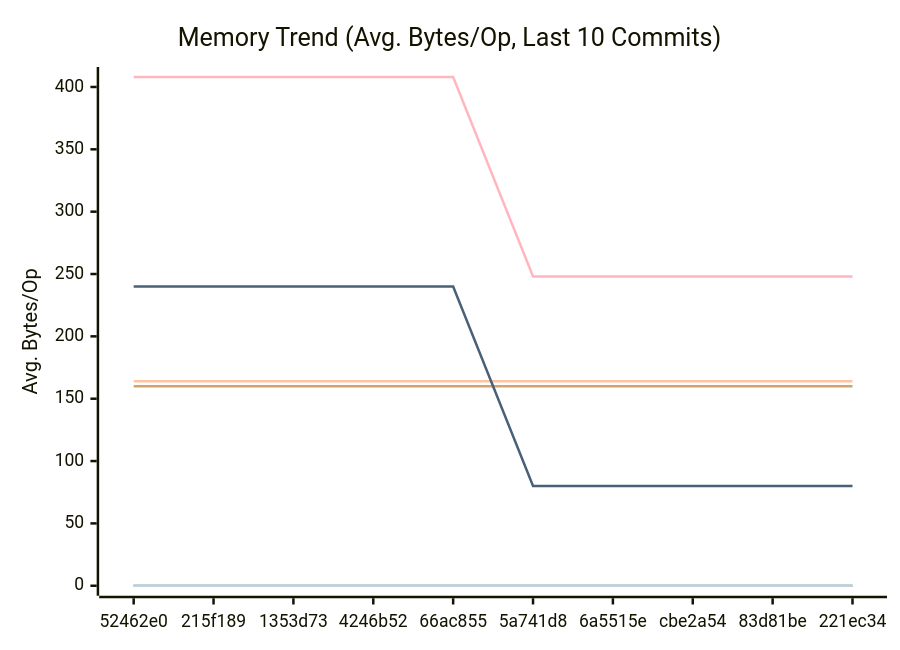
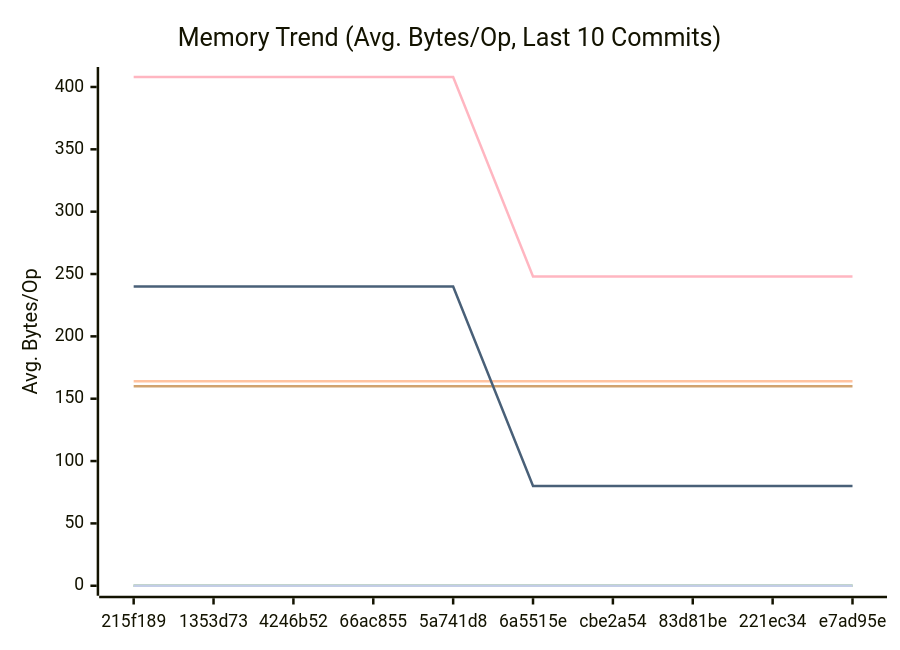
The second of 3 diagrams in docs/PERFORMANCE.md (alsotoes/momo), drawn with Mermaid before and after one commit. The commit also changed other lines of this file and 2 other files, not shown here.

````diff
--- a/docs/PERFORMANCE.md
+++ b/docs/PERFORMANCE.md
@@ -97,16 +97,16 @@
 ```mermaid
 xychart-beta
     title "Memory Trend (Avg. Bytes/Op, Last 10 Commits)"
     x-axis "Commit"
     y-axis "Avg. Bytes/Op"
-    x-axis [52462e0,215f189,1353d73,4246b52,66ac855,5a741d8,6a5515e,cbe2a54,83d81be,221ec34]
+    x-axis [215f189,1353d73,4246b52,66ac855,5a741d8,6a5515e,cbe2a54,83d81be,221ec34,e7ad95e]
     line "CheckMetricsAndSwap" [0,0,0,0,0,0,0,0,0,0]
     line "CrushOptimized" [0,0,0,0,0,0,0,0,0,0]
     line "CrushOriginal" [164,164,164,164,164,164,164,164,164,164]
     line "IndexDirectTracking" [0,0,0,0,0,0,0,0,0,0]
     line "IndexSearch" [0,0,0,0,0,0,0,0,0,0]
     line "LoadGlobalConfig" [160,160,160,160,160,160,160,160,160,160]
     line "PadString" [0,0,0,0,0,0,0,0,0,0]
     line "ParseReplicationOrder_NoPrealloc" [408,408,408,408,408,248,248,248,248,248]
     line "ParseReplicationOrder_Prealloc" [240,240,240,240,240,80,80,80,80,80]
 ```
````
